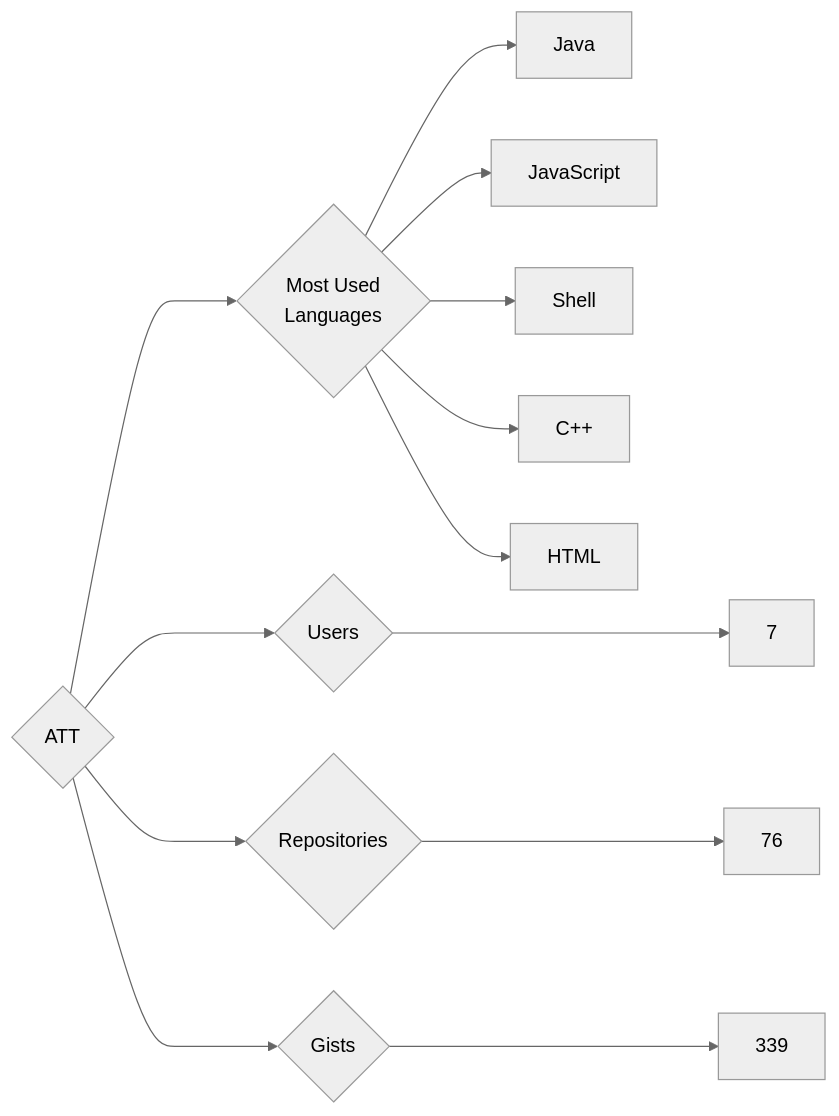
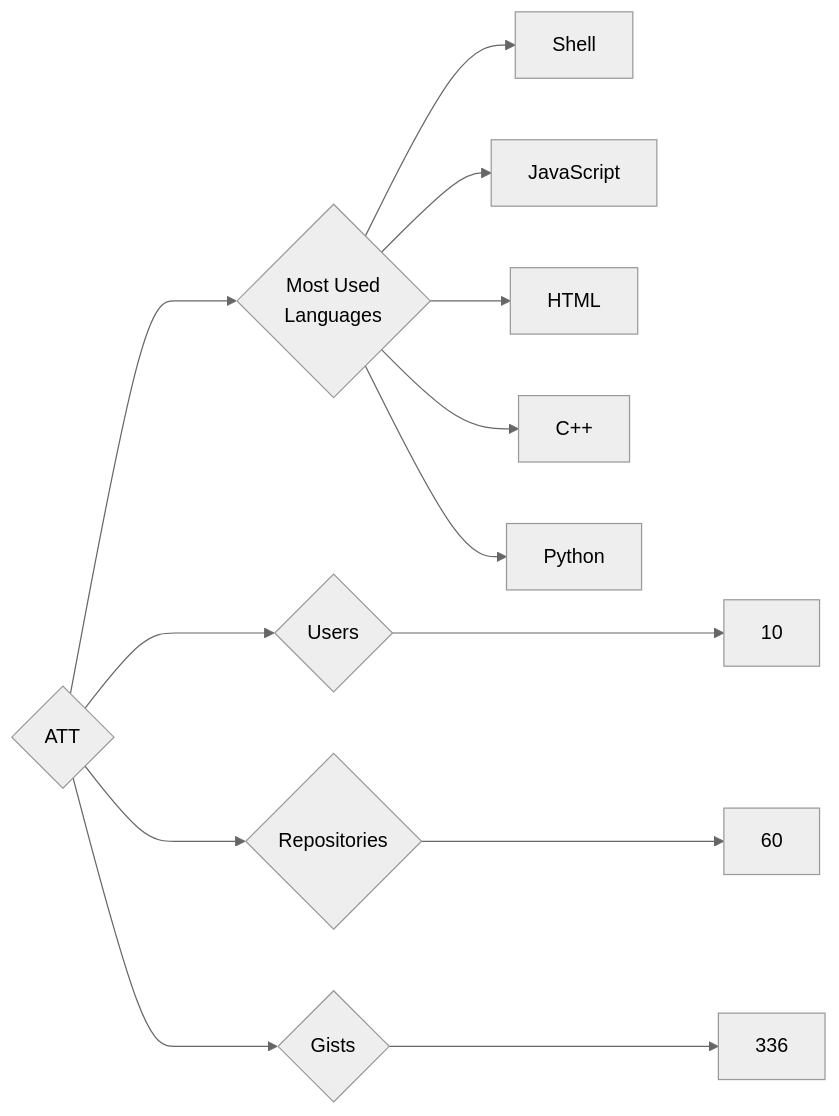
The diagram in targets/ATT/README.md (trickest/insiders), drawn with Mermaid (neutral theme) before and after one commit. The commit also changed 924 other files, not shown here.

````diff
--- a/targets/ATT/README.md
+++ b/targets/ATT/README.md
@@ -3,13 +3,13 @@
 ```mermaid
 graph LR
 COMPANY_NAME{ATT}
-COMPANY_NAME ---> U{Users} ---> UN[7]
-COMPANY_NAME ---> R{Repositories} ---> RN[76]
-COMPANY_NAME ---> G{Gists} ---> GN[339]
+COMPANY_NAME ---> U{Users} ---> UN[10]
+COMPANY_NAME ---> R{Repositories} ---> RN[60]
+COMPANY_NAME ---> G{Gists} ---> GN[336]
 COMPANY_NAME ---> ML{Most Used<br>Languages}
-ML --> Java[Java]
+ML --> Shell[Shell]
 ML --> JavaScript[JavaScript]
-ML --> Shell[Shell]
+ML --> HTML[HTML]
 ML --> C++[C++]
-ML --> HTML[HTML]
+ML --> Python[Python]
 ```
````
